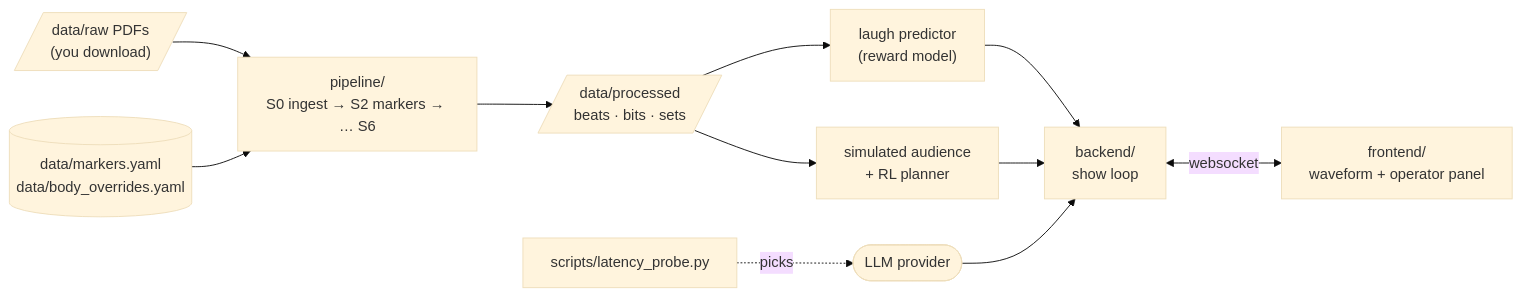
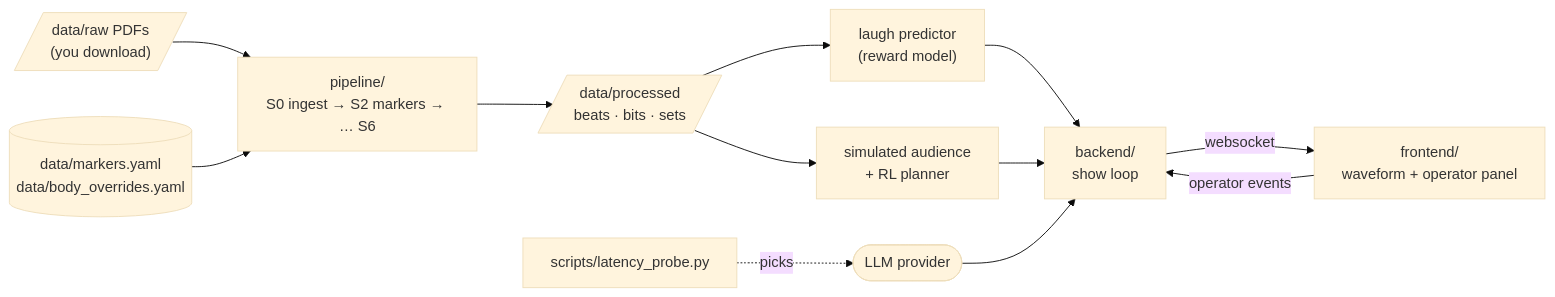
Before and after one commit to Panreta/humor-me: the diagram in README.md, drawn with Mermaid (base theme).

Commit message:
Use widely supported Mermaid edge syntax in README diagram

````diff
--- a/README.md
+++ b/README.md
@@ -28,13 +28,14 @@
 ```mermaid
 flowchart LR
     RAW[/"data/raw PDFs<br/>(you download)"/] --> PIPE["pipeline/<br/>S0 ingest → S2 markers → … S6"]
     CFG[("data/markers.yaml<br/>data/body_overrides.yaml")] --> PIPE
     PIPE --> PROC[/"data/processed<br/>beats · bits · sets"/]
     PROC --> RM["laugh predictor<br/>(reward model)"]
     PROC --> SIM["simulated audience<br/>+ RL planner"]
     RM --> BE["backend/<br/>show loop"]
     SIM --> BE
-    BE <-->|websocket| FE["frontend/<br/>waveform + operator panel"]
+    BE -->|websocket| FE["frontend/<br/>waveform + operator panel"]
+    FE -->|operator events| BE
     LLM(["LLM provider"]) --> BE
-    PROBE["scripts/latency_probe.py"] -.picks.-> LLM
+    PROBE["scripts/latency_probe.py"] -. picks .-> LLM
 ```
````
